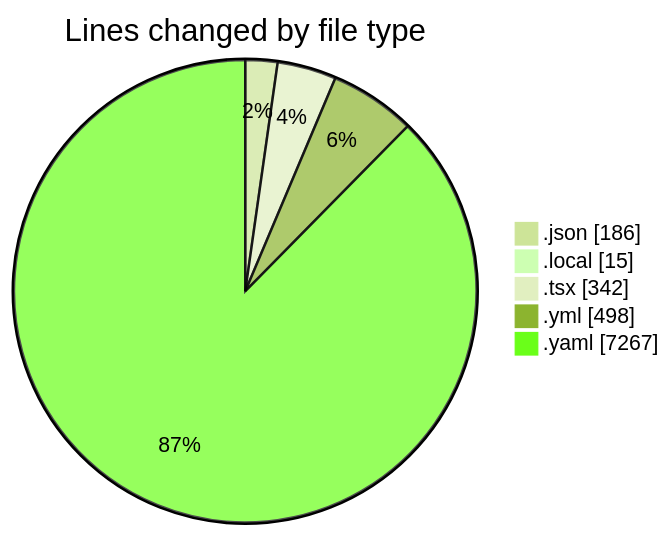
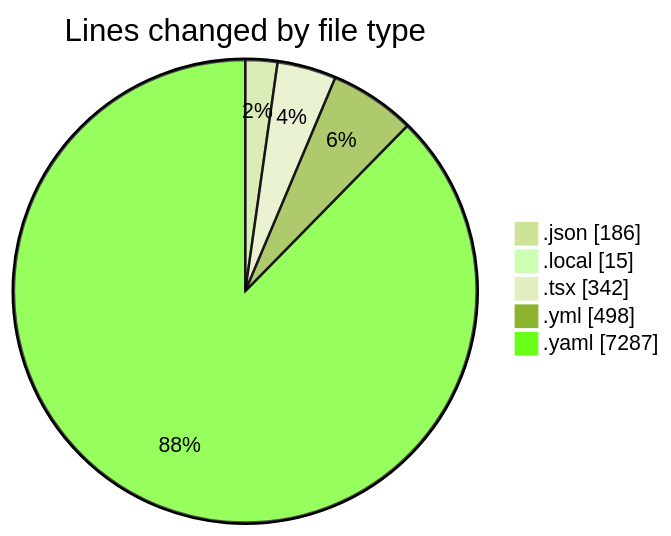
One commit to julien-gomy/code-tracking changed the first of 2 diagrams in 2025-11-05/eventscop-frontend-guide__workspace_/README.md. Above: the diagram before and after it, drawn with Mermaid (forest theme). The commit also changed other lines of this file and 1 other file, not shown here.

````diff
--- a/2025-11-05/eventscop-frontend-guide__workspace_/README.md
+++ b/2025-11-05/eventscop-frontend-guide__workspace_/README.md
@@ -25,9 +25,9 @@
 ```mermaid
 pie showData
 title Lines changed by file type
 ".json" : 186
 ".local" : 15
 ".tsx" : 342
 ".yml" : 498
-".yaml" : 7267
+".yaml" : 7287
 ```
````
